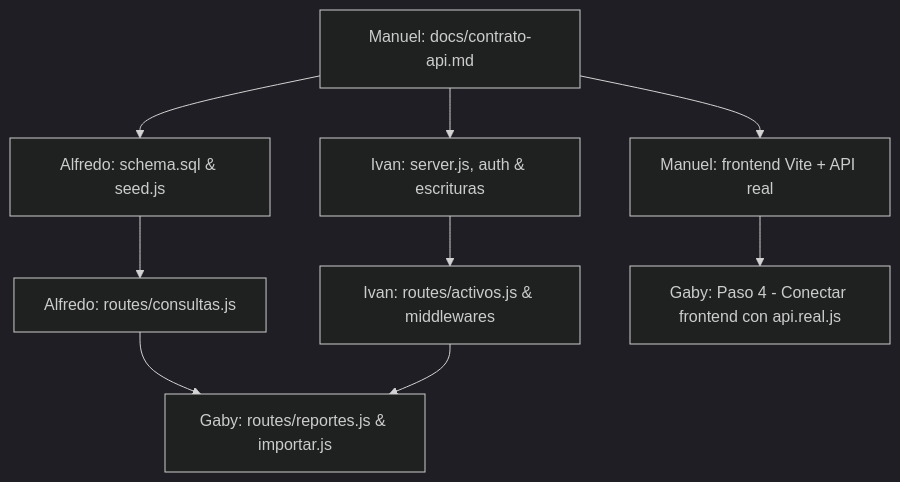
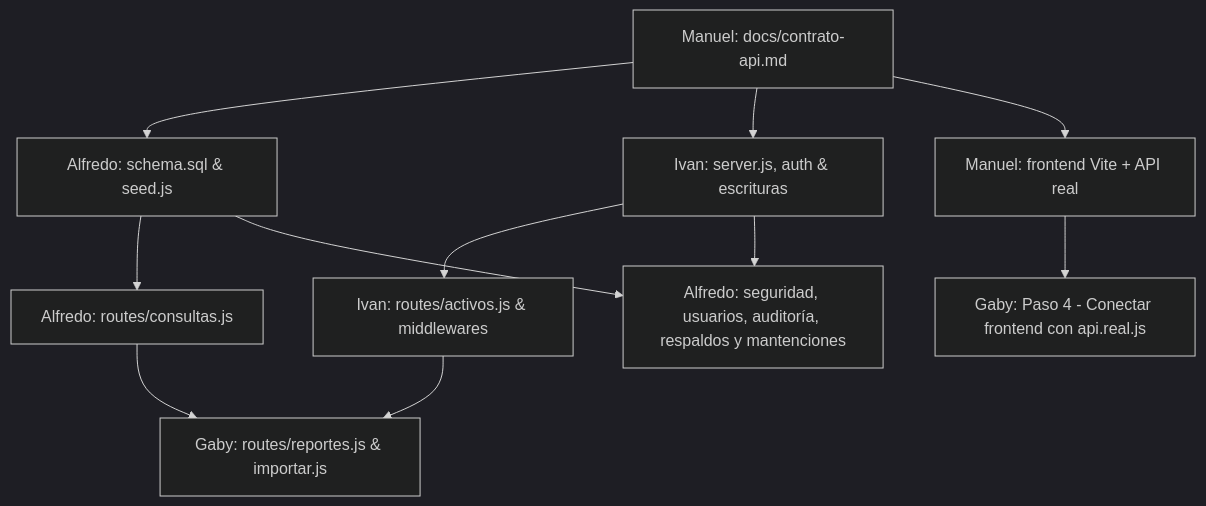
Before and after one commit to TheManuel5/TIT-Municipalidad: the diagram in docs/contrato-api.md, drawn with Mermaid (dark theme). The commit also changed other lines of this file and 42 other files, not shown here.

````diff
--- a/docs/contrato-api.md
+++ b/docs/contrato-api.md
@@ -595,11 +687,13 @@
 ```mermaid
 graph TD
     A[Manuel: docs/contrato-api.md] --> B[Alfredo: schema.sql & seed.js]
     A --> C[Ivan: server.js, auth & escrituras]
     A --> D[Manuel: frontend Vite + API real]
     B --> E[Alfredo: routes/consultas.js]
     C --> F[Ivan: routes/activos.js & middlewares]
     E --> G[Gaby: routes/reportes.js & importar.js]
     F --> G
     D --> H[Gaby: Paso 4 - Conectar frontend con api.real.js]
+    B --> I[Alfredo: seguridad, usuarios, auditoría, respaldos y mantenciones]
+    C --> I
 ```
````
